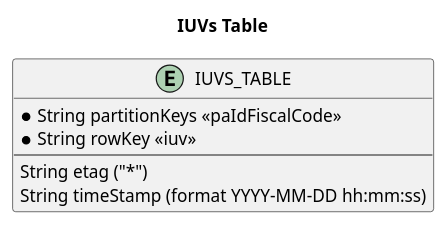
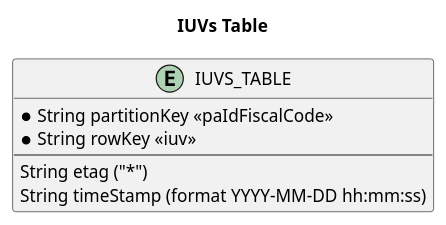
The diagram in docs/IUVS_TABLE.puml (pagopa/pagopa-canone-unico), drawn with PlantUML before and after one commit. The commit also changed 6 other files, not shown here.

```diff
--- a/docs/IUVS_TABLE.puml
+++ b/docs/IUVS_TABLE.puml
@@ -1,13 +1,13 @@
 @startuml Table
 
 title IUVs Table
 
 entity IUVS_TABLE {
-    * String partitionKeys <<paIdFiscalCode>>
+    * String partitionKey <<paIdFiscalCode>>
     * String rowKey <<iuv>>
     --
       String etag ("*")
       String timeStamp (format YYYY-MM-DD hh:mm:ss)
 }
 
 @enduml
```
